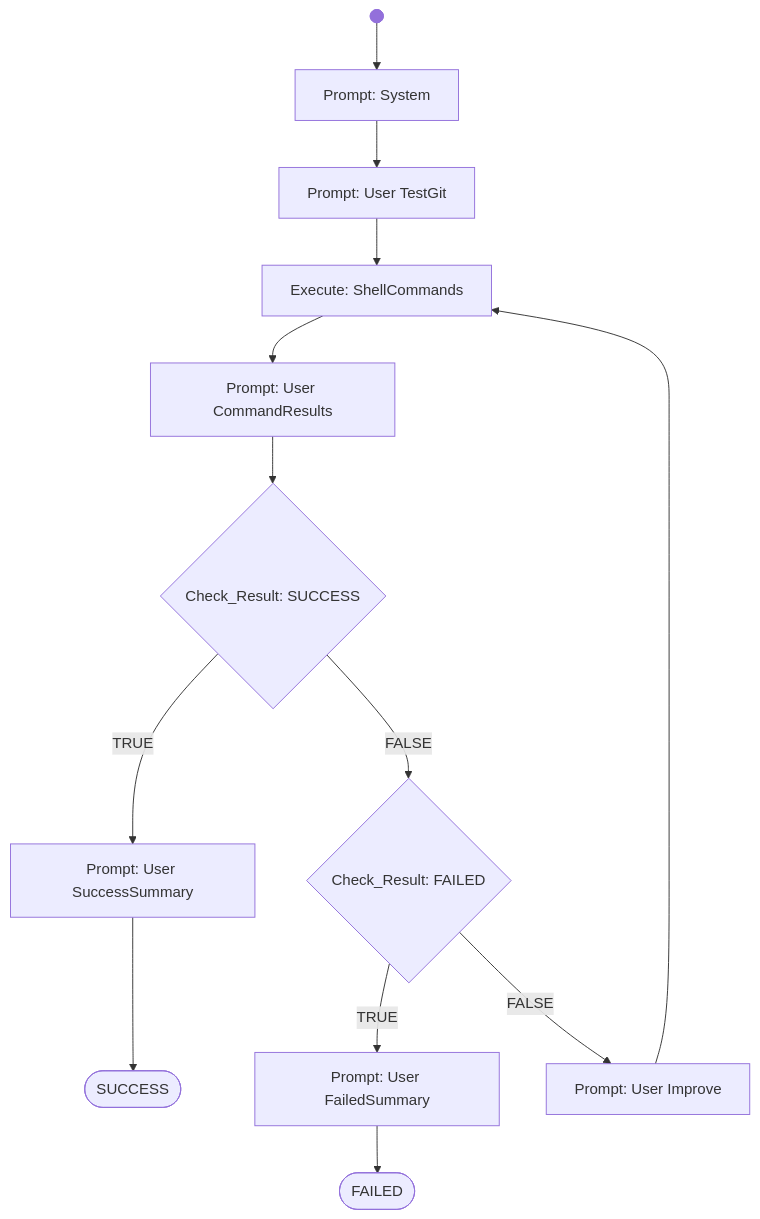
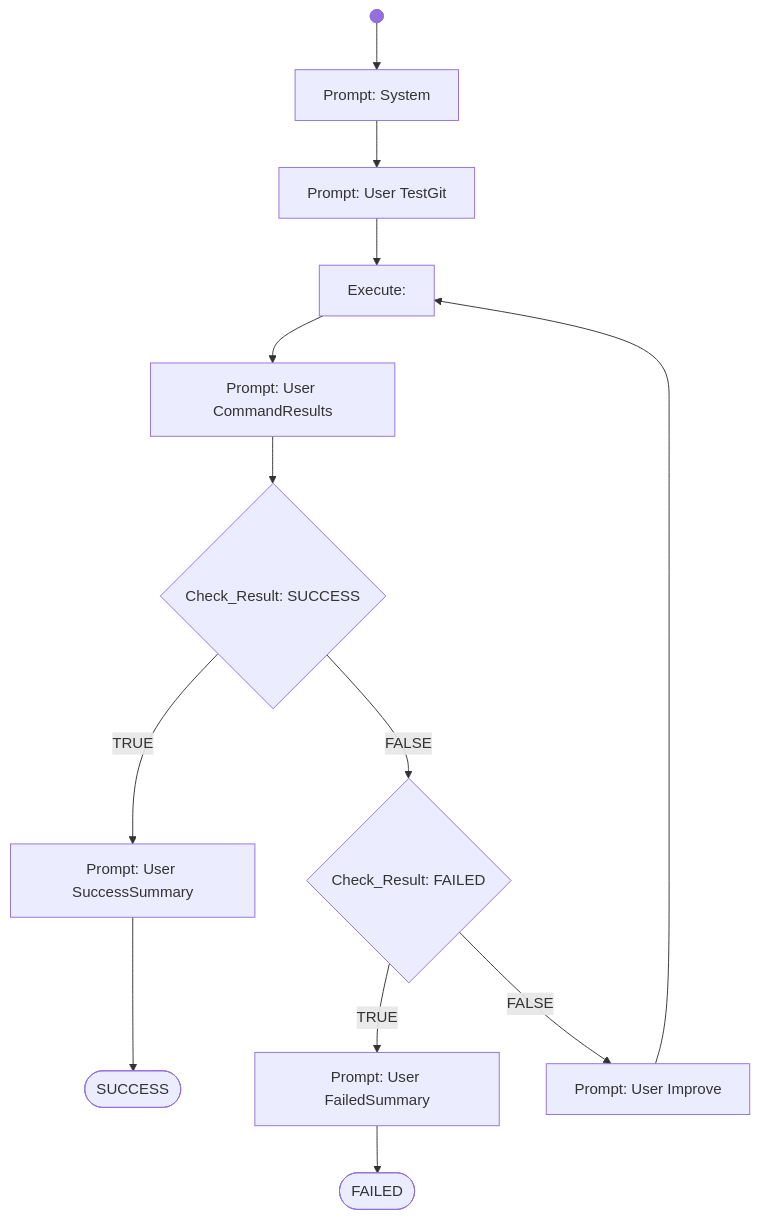
One commit to BernLeWal/AICodeMentor changed the diagram in app/workflow/check-toolchain.wf.md. Above: the diagram before and after it, drawn with Mermaid. The commit also changed 6 other files, not shown here.

````diff
--- a/app/workflow/check-toolchain.wf.md
+++ b/app/workflow/check-toolchain.wf.md
@@ -7,23 +7,23 @@
 ```mermaid
 flowchart TD
     START@{ shape: f-circ, label:"start"} --> PROMPT_SYSTEM
 
     PROMPT_SYSTEM[Prompt: System] --> PROMPT_TESTGIT
     PROMPT_TESTGIT[Prompt: User TestGit] --> EXECUTE_OUTPUT
-    EXECUTE_OUTPUT[Execute: ShellCommands] --> PROMPT_CMDRESULTS
+    EXECUTE_OUTPUT[Execute: ] --> PROMPT_CMDRESULTS
 
-    PROMPT_CMDRESULTS[Prompt: User CommandResults] --> CHECK_RESULT_SUCCESS{Check_Result: SUCCESS}
-    CHECK_RESULT_SUCCESS --> |TRUE| PROMPT_SUCCESS_SUMMARY
-    CHECK_RESULT_SUCCESS --> |FALSE| CHECK_RESULT_FAILED{Check_Result: FAILED} 
+    PROMPT_CMDRESULTS[Prompt: User CommandResults] --> CHECKRESULT_SUCCESS{Check_Result: SUCCESS}
+    CHECKRESULT_SUCCESS --> |TRUE| PROMPT_SUCCESS_SUMMARY
+    CHECKRESULT_SUCCESS --> |FALSE| CHECKRESULT_FAILED{Check_Result: FAILED} 
 
-    CHECK_RESULT_FAILED --> |TRUE| PROMPT_FAIL_SUMMARY
-    CHECK_RESULT_FAILED --> |FALSE| PROMPT_IMPROVE
+    CHECKRESULT_FAILED --> |TRUE| PROMPT_FAIL_SUMMARY
+    CHECKRESULT_FAILED --> |FALSE| PROMPT_IMPROVE
 
     PROMPT_SUCCESS_SUMMARY[Prompt: User SuccessSummary] --> SUCCESS
     PROMPT_FAIL_SUMMARY[Prompt: User FailedSummary] --> FAILED
 
     PROMPT_IMPROVE[Prompt: User Improve] --> EXECUTE_OUTPUT
     
     SUCCESS@{ shape: stadium  }
     FAILED@{ shape: stadium }
 ```
````
